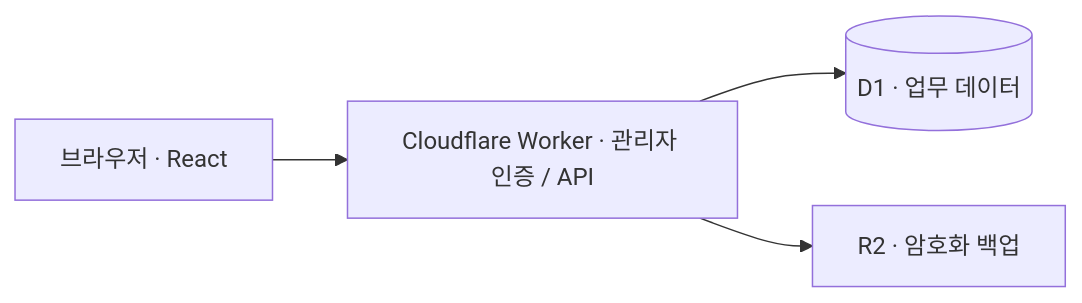
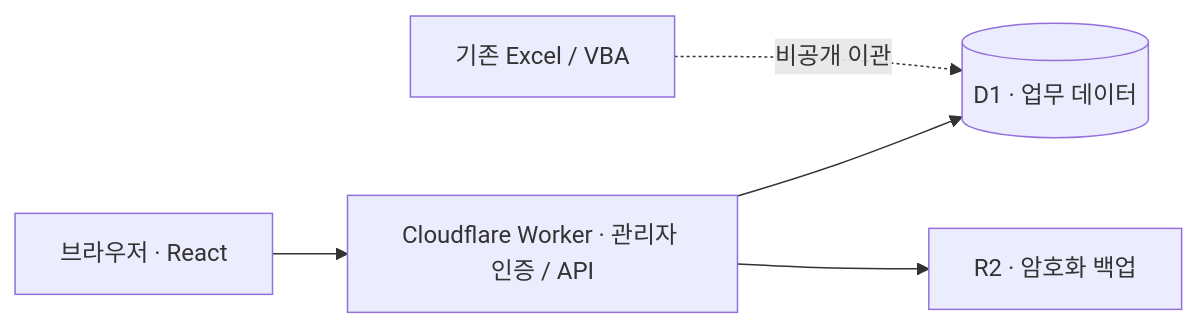
The diagram in README.md (seopseopi/Jipjangbu), drawn with Mermaid before and after one commit. The commit also changed other lines of this file and 6 other files, not shown here.

````diff
--- a/README.md
+++ b/README.md
@@ -89,6 +150,7 @@
 ```mermaid
 flowchart LR
     browser["브라우저 · React"] --> worker["Cloudflare Worker · 관리자 인증 / API"]
     worker --> db[("D1 · 업무 데이터")]
     worker --> backup["R2 · 암호화 백업"]
+    excel["기존 Excel / VBA"] -. "비공개 이관" .-> db
 ```
````
